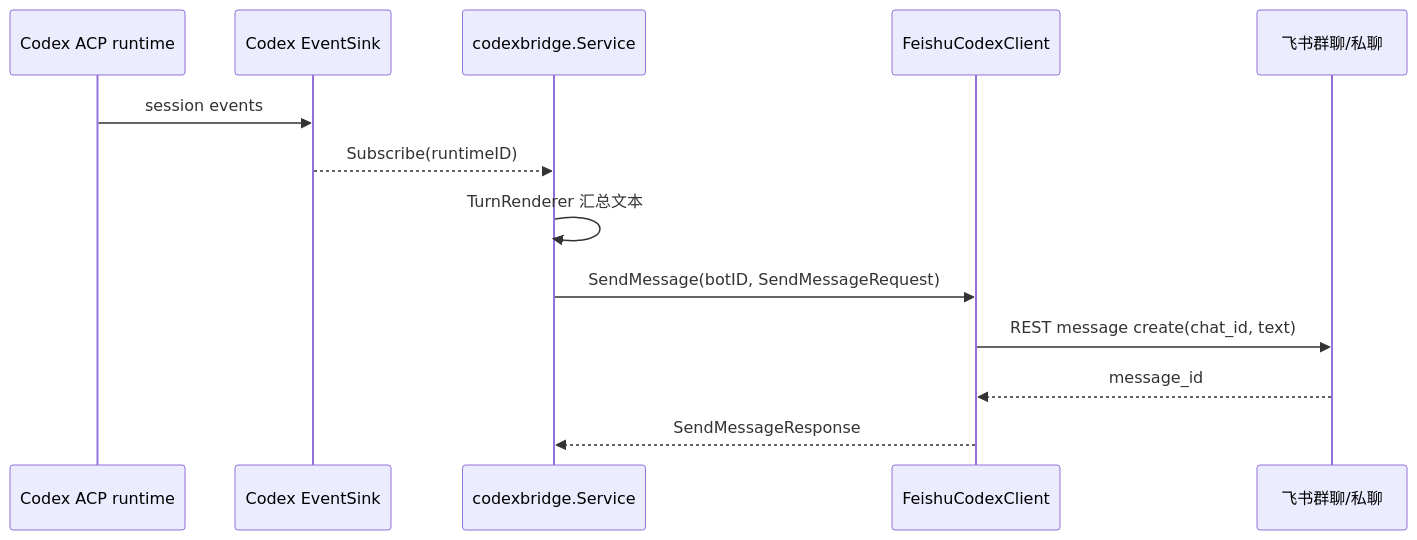
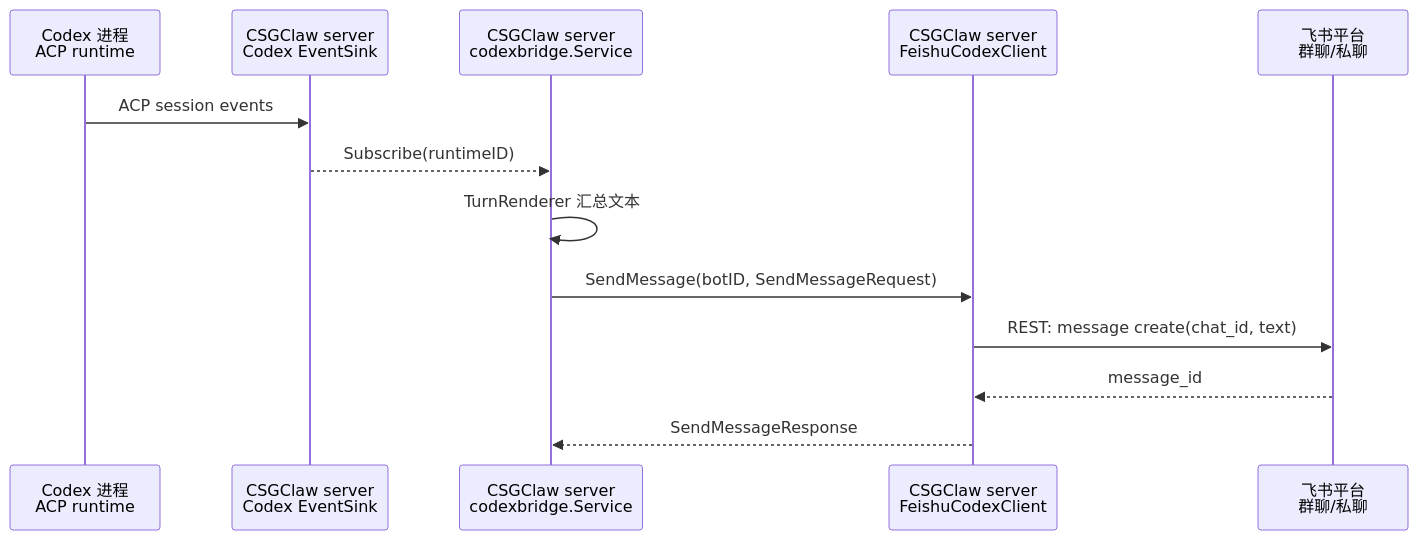
Before and after one commit to GatewayJ/csgclaw: the eighth of 12 diagrams in docs/channel/codex-feishu.zh.md, drawn with Mermaid. The commit also changed other lines of this file, not shown here.

Commit message:
docs: label programs in feishu flow diagrams

````diff
--- a/docs/channel/codex-feishu.zh.md
+++ b/docs/channel/codex-feishu.zh.md
@@ -179,16 +180,16 @@
 ```mermaid
 sequenceDiagram
-    participant Codex as Codex ACP runtime
-    participant Sink as Codex EventSink
-    participant Bridge as codexbridge.Service
-    participant Client as FeishuCodexClient
-    participant Feishu as 飞书群聊/私聊
+    participant Codex as Codex 进程<br/>ACP runtime
+    participant Sink as CSGClaw server<br/>Codex EventSink
+    participant Bridge as CSGClaw server<br/>codexbridge.Service
+    participant Client as CSGClaw server<br/>FeishuCodexClient
+    participant Feishu as 飞书平台<br/>群聊/私聊
 
-    Codex->>Sink: session events
+    Codex->>Sink: ACP session events
     Sink-->>Bridge: Subscribe(runtimeID)
     Bridge->>Bridge: TurnRenderer 汇总文本
     Bridge->>Client: SendMessage(botID, SendMessageRequest)
-    Client->>Feishu: REST message create(chat_id, text)
+    Client->>Feishu: REST: message create(chat_id, text)
     Feishu-->>Client: message_id
     Client-->>Bridge: SendMessageResponse
 ```
````
